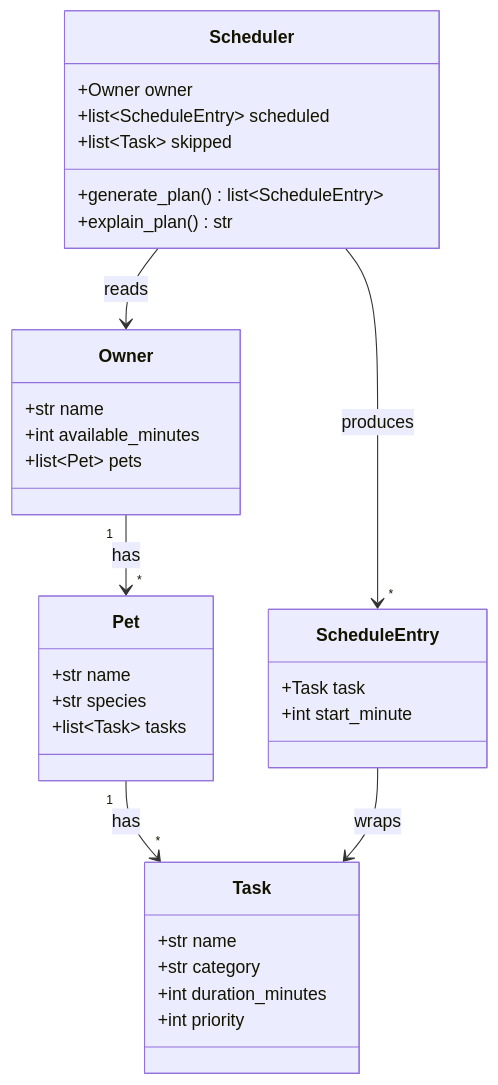
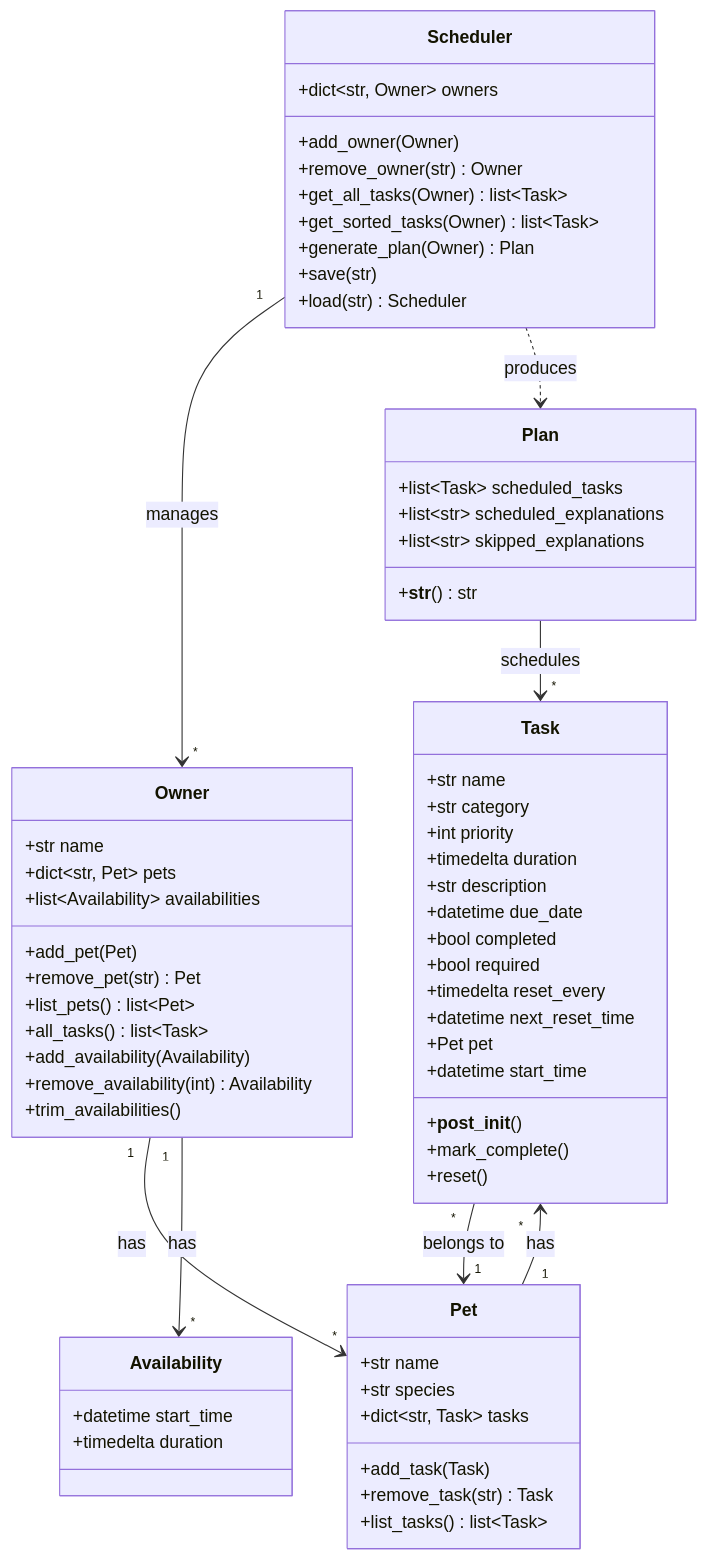
One commit to Youssef-Beltagy/hw2 changed the diagram in uml.md. Above: the diagram before and after it, drawn with Mermaid. The commit also changed other lines of this file and 6 other files, not shown here.

````diff
--- a/uml.md
+++ b/uml.md
@@ -3,40 +3,73 @@
 ```mermaid
 classDiagram
-    class Owner {
+    class Task {
         +str name
-        +int available_minutes
-        +list~Pet~ pets
+        +str category
+        +int priority
+        +timedelta duration
+        +str description
+        +datetime due_date
+        +bool completed
+        +bool required
+        +timedelta reset_every
+        +datetime next_reset_time
+        +Pet pet
+        +datetime start_time
+        +__post_init__()
+        +mark_complete()
+        +reset()
     }
 
     class Pet {
         +str name
         +str species
-        +list~Task~ tasks
+        +dict~str, Task~ tasks
+        +add_task(Task)
+        +remove_task(str) Task
+        +list_tasks() list~Task~
     }
 
-    class Task {
-        +str name
-        +str category
-        +int duration_minutes
-        +int priority
+    class Availability {
+        +datetime start_time
+        +timedelta duration
     }
 
-    class ScheduleEntry {
-        +Task task
-        +int start_minute
+    class Owner {
+        +str name
+        +dict~str, Pet~ pets
+        +list~Availability~ availabilities
+        +add_pet(Pet)
+        +remove_pet(str) Pet
+        +list_pets() list~Pet~
+        +all_tasks() list~Task~
+        +add_availability(Availability)
+        +remove_availability(int) Availability
+        +trim_availabilities()
+    }
+
+    class Plan {
+        +list~Task~ scheduled_tasks
+        +list~str~ scheduled_explanations
+        +list~str~ skipped_explanations
+        +__str__() str
     }
 
     class Scheduler {
-        +Owner owner
-        +list~ScheduleEntry~ scheduled
-        +list~Task~ skipped
-        +generate_plan() list~ScheduleEntry~
-        +explain_plan() str
+        +dict~str, Owner~ owners
+        +add_owner(Owner)
+        +remove_owner(str) Owner
+        +get_all_tasks(Owner) list~Task~
+        +get_sorted_tasks(Owner) list~Task~
+        +generate_plan(Owner) Plan
+        +save(str)
+        +load(str) Scheduler
     }
 
     Owner "1" --> "*" Pet : has
+    Owner "1" --> "*" Availability : has
     Pet "1" --> "*" Task : has
-    Scheduler --> Owner : reads
-    Scheduler --> "*" ScheduleEntry : produces
-    ScheduleEntry --> Task : wraps
+    Task "*" --> "1" Pet : belongs to
+    Scheduler "1" --> "*" Owner : manages
+    Scheduler ..> Plan : produces
+    Plan --> "*" Task : schedules
 ```
````
